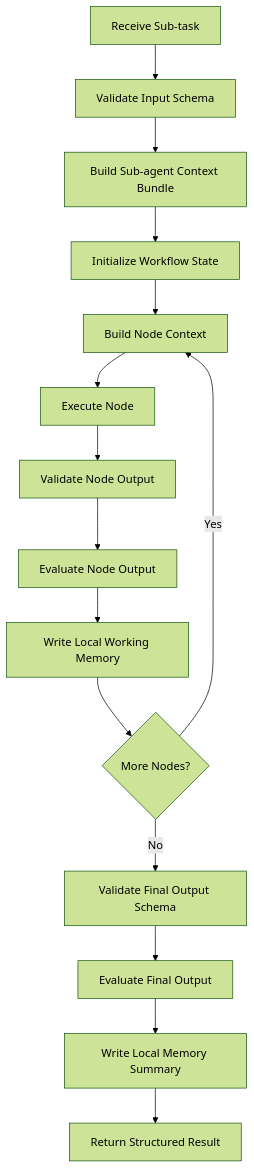
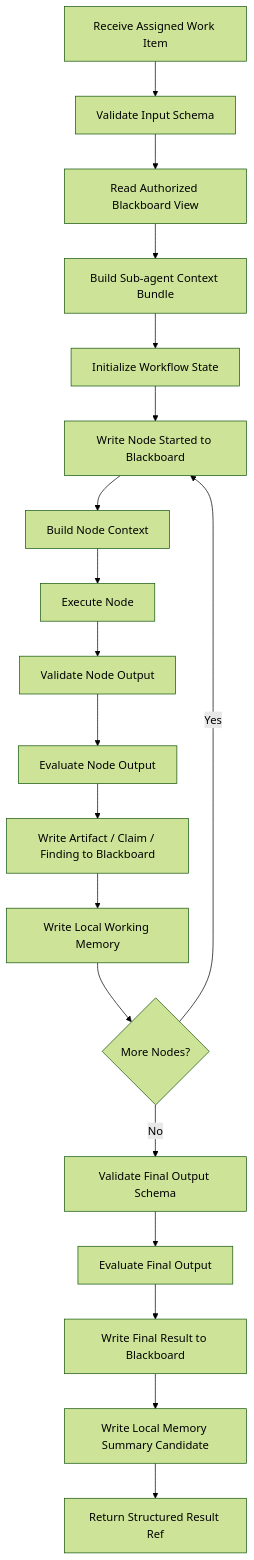
One commit to zhoulingquan/agentx changed the third of 6 diagrams in docs/enterprise_agent_design.md. Above: the diagram before and after it, drawn with Mermaid (forest theme). The commit also changed other lines of this file, not shown here.

Commit message:
Refine agent design with task blackboard architecture

````diff
--- a/docs/enterprise_agent_design.md
+++ b/docs/enterprise_agent_design.md
@@ -436,17 +567,21 @@
 ```mermaid
 flowchart TD
-    A["Receive Sub-task"] --> B["Validate Input Schema"]
-    B --> C["Build Sub-agent Context Bundle"]
-    C --> D["Initialize Workflow State"]
-    D --> E["Build Node Context"]
-    E --> F["Execute Node"]
-    F --> G["Validate Node Output"]
-    G --> H["Evaluate Node Output"]
-    H --> I["Write Local Working Memory"]
-    I --> J{"More Nodes?"}
-    J -- Yes --> E
-    J -- No --> K["Validate Final Output Schema"]
-    K --> L["Evaluate Final Output"]
-    L --> M["Write Local Memory Summary"]
-    M --> N["Return Structured Result"]
+    A["Receive Assigned Work Item"] --> B["Validate Input Schema"]
+    B --> C["Read Authorized Blackboard View"]
+    C --> D["Build Sub-agent Context Bundle"]
+    D --> E["Initialize Workflow State"]
+    E --> F["Write Node Started to Blackboard"]
+    F --> G["Build Node Context"]
+    G --> H["Execute Node"]
+    H --> I["Validate Node Output"]
+    I --> J["Evaluate Node Output"]
+    J --> K["Write Artifact / Claim / Finding to Blackboard"]
+    K --> L["Write Local Working Memory"]
+    L --> M{"More Nodes?"}
+    M -- Yes --> F
+    M -- No --> N["Validate Final Output Schema"]
+    N --> O["Evaluate Final Output"]
+    O --> P["Write Final Result to Blackboard"]
+    P --> Q["Write Local Memory Summary Candidate"]
+    Q --> R["Return Structured Result Ref"]
 ```
````
